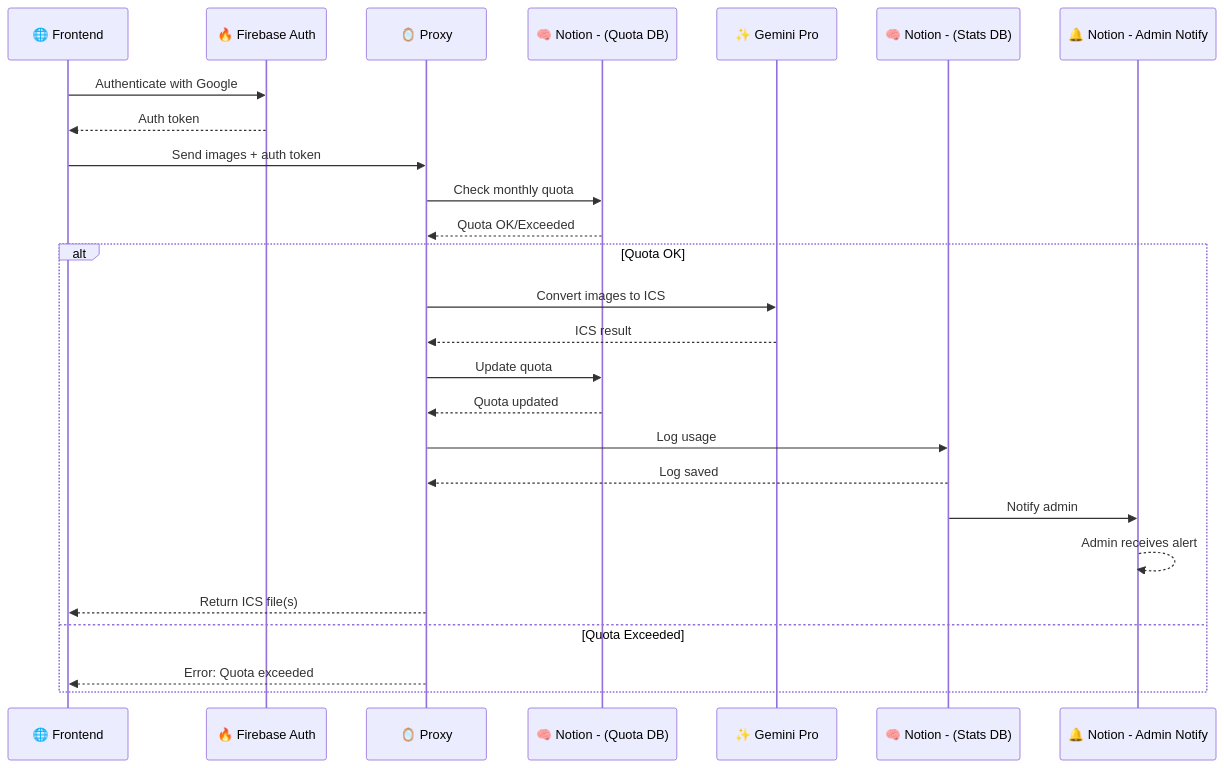
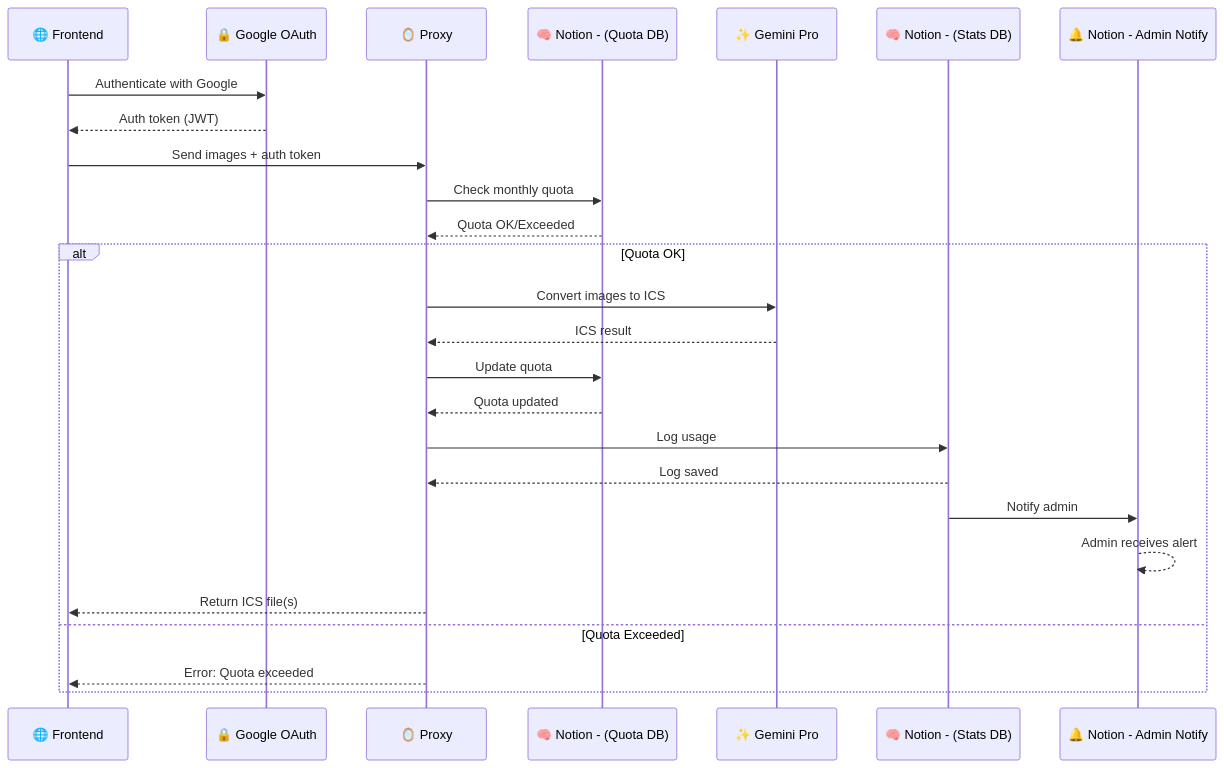
Before and after one commit to m-idriss/3dime-angular: the first of 2 diagrams in docs/ARCHITECTURE.md, drawn with Mermaid. The commit also changed other lines of this file and 36 other files, not shown here.

````diff
--- a/docs/ARCHITECTURE.md
+++ b/docs/ARCHITECTURE.md
@@ -543,36 +534,36 @@
 ```mermaid
 sequenceDiagram
     participant FE as 🌐 Frontend
-    participant A as 🔥 Firebase Auth
+    participant A as 🔒 Google OAuth
     participant P as 🪞 Proxy
     participant NQ as 🧠 Notion - (Quota DB)
     participant GP as ✨ Gemini Pro
     participant NL as 🧠 Notion - (Stats DB)
     participant NN as 🔔 Notion - Admin Notify
 
     FE->>A: Authenticate with Google
-    A-->>FE: Auth token
+    A-->>FE: Auth token (JWT)
 
     FE->>P: Send images + auth token
 
     P->>NQ: Check monthly quota
     NQ-->>P: Quota OK/Exceeded
 
     alt Quota OK
         P->>GP: Convert images to ICS
         GP-->>P: ICS result
 
         P->>NQ: Update quota
         NQ-->>P: Quota updated
 
         P->>NL: Log usage
         NL-->>P: Log saved
 
         NL->>NN: Notify admin
         NN-->>NN: Admin receives alert
 
         P-->>FE: Return ICS file(s)
     else Quota Exceeded
         P-->>FE: Error: Quota exceeded
     end
 ```
````
